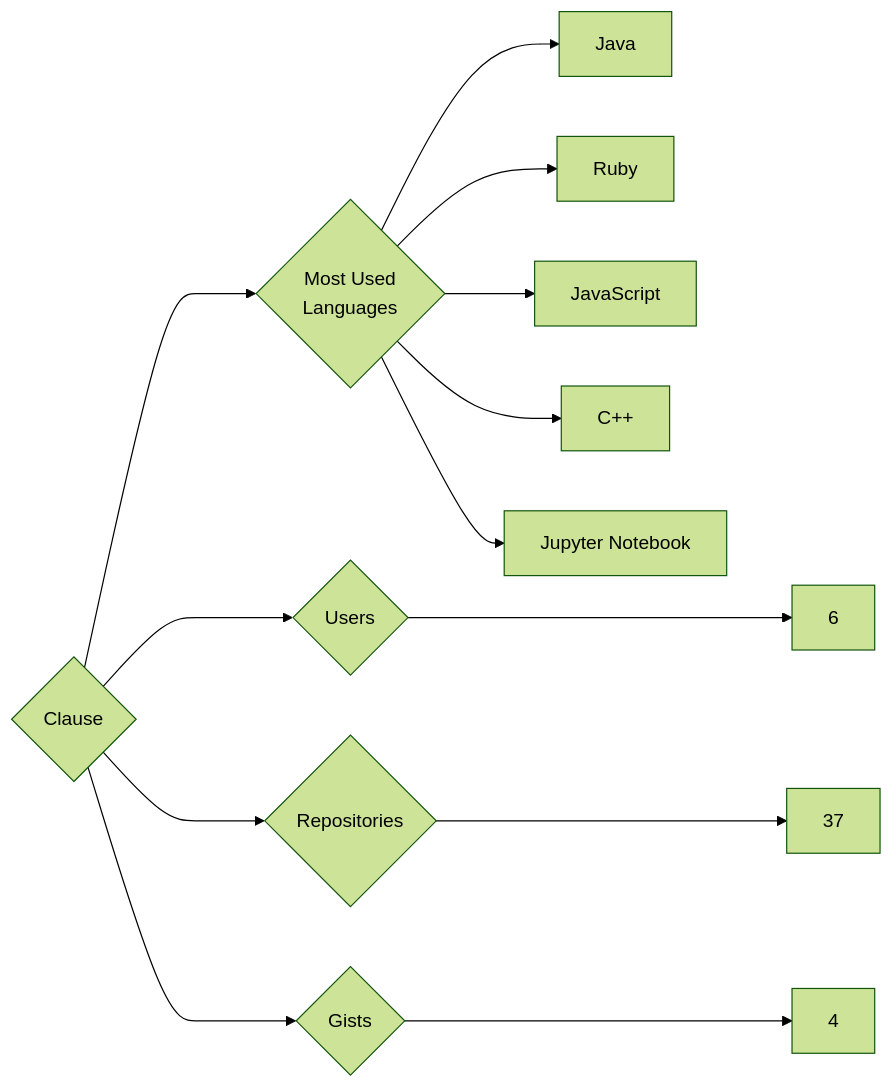
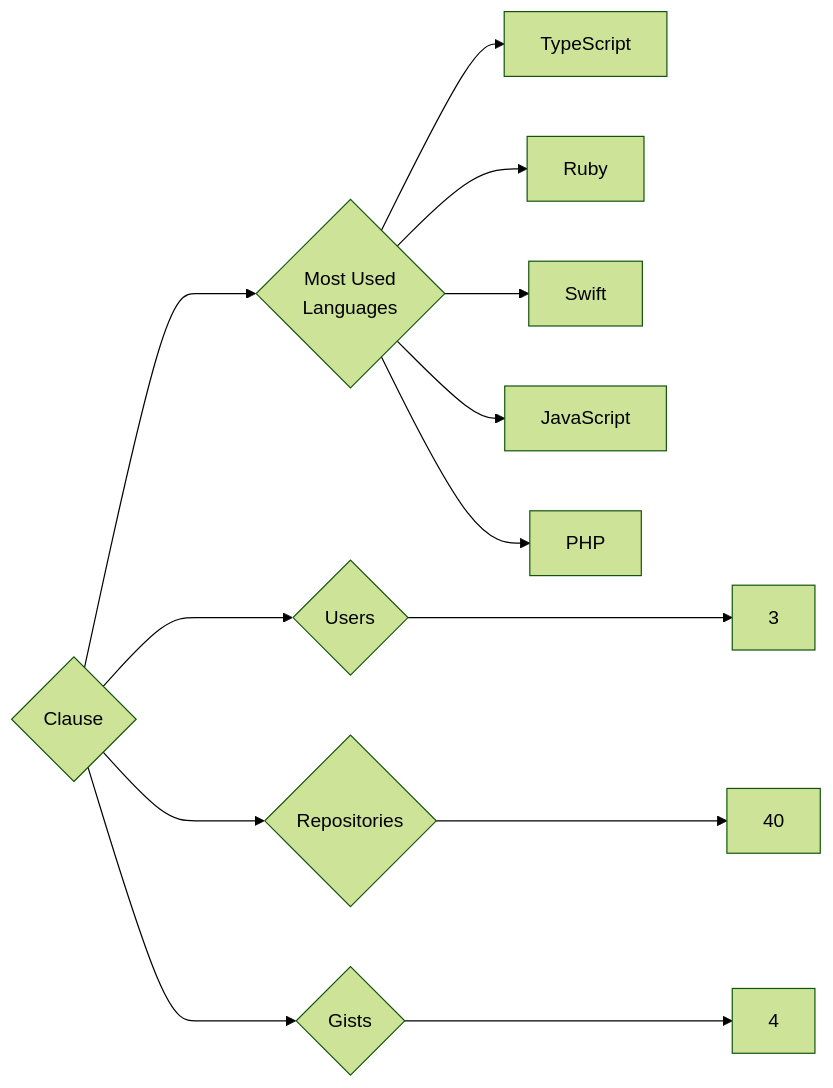
Before and after one commit to trickest/insiders: the diagram in targets/Clause/README.md, drawn with Mermaid (forest theme). The commit also changed 1195 other files, not shown here.

````diff
--- a/targets/Clause/README.md
+++ b/targets/Clause/README.md
@@ -3,13 +3,13 @@
 ```mermaid
 graph LR
 COMPANY_NAME{Clause}
-COMPANY_NAME ---> U{Users} ---> UN[6]
-COMPANY_NAME ---> R{Repositories} ---> RN[37]
+COMPANY_NAME ---> U{Users} ---> UN[3]
+COMPANY_NAME ---> R{Repositories} ---> RN[40]
 COMPANY_NAME ---> G{Gists} ---> GN[4]
 COMPANY_NAME ---> ML{Most Used<br>Languages}
-ML --> Java[Java]
+ML --> TypeScript[TypeScript]
 ML --> Ruby[Ruby]
+ML --> Swift[Swift]
 ML --> JavaScript[JavaScript]
-ML --> C++[C++]
-ML --> Jupyter_Notebook[Jupyter Notebook]
+ML --> PHP[PHP]
 ```
````
